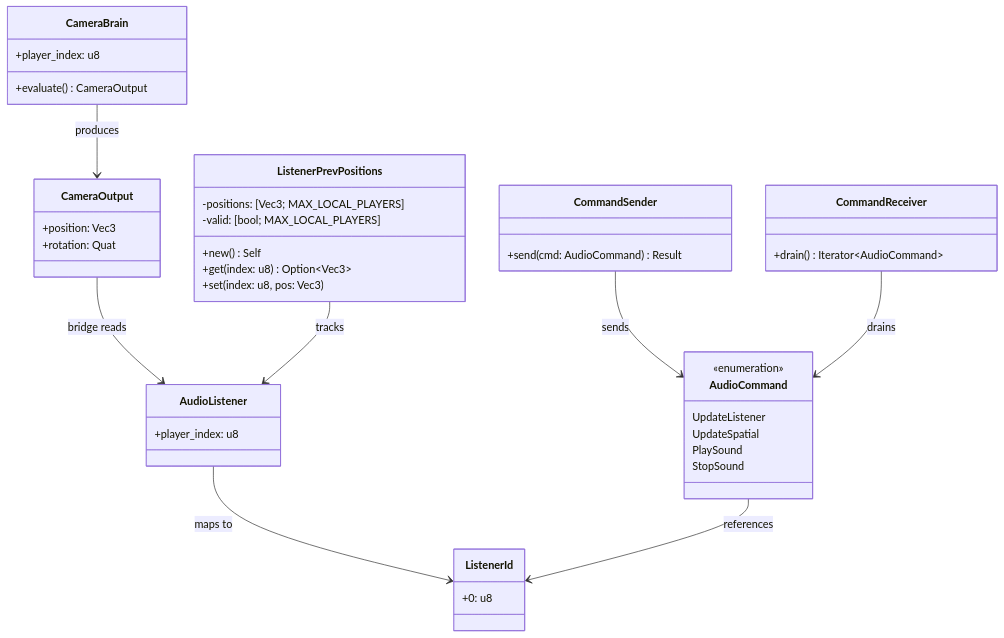
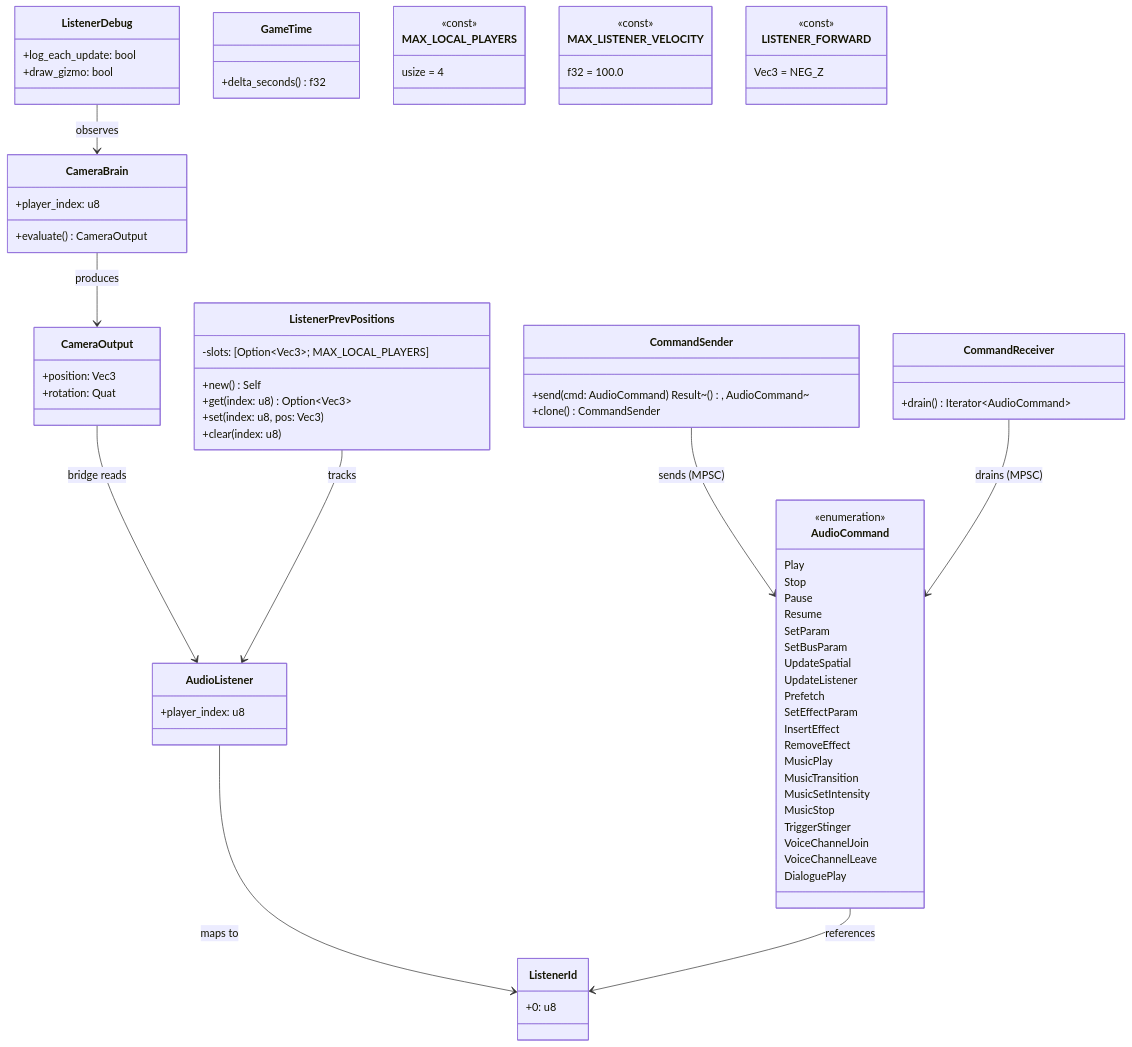
Before and after one commit to harmonius-dev/harmonius: the second of 2 diagrams in docs/design/integration/audio-camera.md, drawn with Mermaid. The commit also changed other lines of this file and 109 other files, not shown here.

````diff
--- a/docs/design/integration/audio-camera.md
+++ b/docs/design/integration/audio-camera.md
@@ -181,45 +216,82 @@
 ```mermaid
 classDiagram
     class CameraBrain {
         +player_index: u8
         +evaluate() CameraOutput
     }
     class CameraOutput {
         +position: Vec3
         +rotation: Quat
     }
     class AudioListener {
         +player_index: u8
     }
     class ListenerPrevPositions {
-        -positions: [Vec3; MAX_LOCAL_PLAYERS]
-        -valid: [bool; MAX_LOCAL_PLAYERS]
+        -slots: [Option~Vec3~; MAX_LOCAL_PLAYERS]
         +new() Self
         +get(index: u8) Option~Vec3~
         +set(index: u8, pos: Vec3)
+        +clear(index: u8)
+    }
+    class ListenerDebug {
+        +log_each_update: bool
+        +draw_gizmo: bool
+    }
+    class GameTime {
+        +delta_seconds() f32
     }
     class AudioCommand {
         <<enumeration>>
+        Play
+        Stop
+        Pause
+        Resume
+        SetParam
+        SetBusParam
+        UpdateSpatial
         UpdateListener
-        UpdateSpatial
-        PlaySound
-        StopSound
+        Prefetch
+        SetEffectParam
+        InsertEffect
+        RemoveEffect
+        MusicPlay
+        MusicTransition
+        MusicSetIntensity
+        MusicStop
+        TriggerStinger
+        VoiceChannelJoin
+        VoiceChannelLeave
+        DialoguePlay
     }
     class CommandSender {
-        +send(cmd: AudioCommand) Result
+        +send(cmd: AudioCommand) Result~(), AudioCommand~
+        +clone() CommandSender
     }
     class CommandReceiver {
         +drain() Iterator~AudioCommand~
     }
     class ListenerId {
         +0: u8
     }
+    class MAX_LOCAL_PLAYERS {
+        <<const>>
+        usize = 4
+    }
+    class MAX_LISTENER_VELOCITY {
+        <<const>>
+        f32 = 100.0
+    }
+    class LISTENER_FORWARD {
+        <<const>>
+        Vec3 = NEG_Z
+    }
 
     CameraBrain --> CameraOutput : produces
     CameraOutput --> AudioListener : bridge reads
     AudioListener --> ListenerId : maps to
     ListenerPrevPositions --> AudioListener : tracks
-    CommandSender --> AudioCommand : sends
-    CommandReceiver --> AudioCommand : drains
+    CommandSender --> AudioCommand : sends (MPSC)
+    CommandReceiver --> AudioCommand : drains (MPSC)
     AudioCommand --> ListenerId : references
+    ListenerDebug --> CameraBrain : observes
 ```
````
